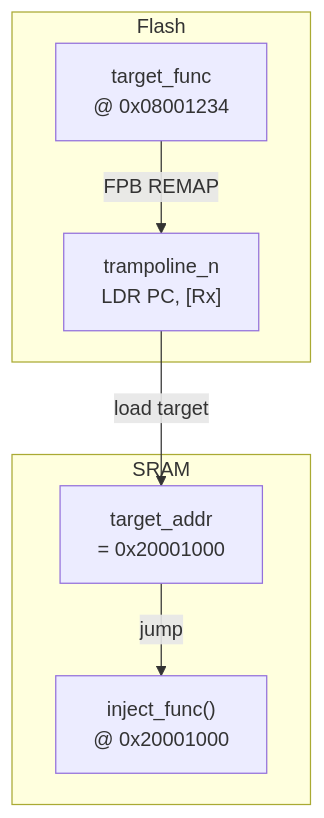
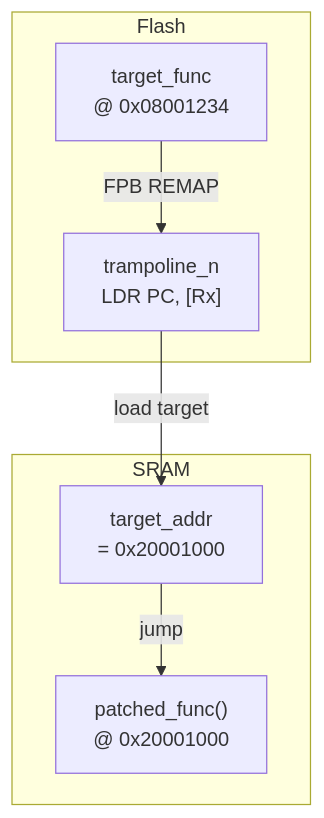
Before and after one commit to FASTSHIFT/FPBInject: the second of 5 diagrams in Docs/Architecture.md, drawn with Mermaid. The commit also changed other lines of this file and 23 other files, not shown here.

````diff
--- a/Docs/Architecture.md
+++ b/Docs/Architecture.md
@@ -74,16 +74,16 @@
 ```mermaid
 flowchart TB
     subgraph Flash
         TF["target_func<br/>@ 0x08001234"]
         TR["trampoline_n<br/>LDR PC, [Rx]"]
     end
     
     subgraph SRAM
         TA["target_addr<br/>= 0x20001000"]
-        IF["inject_func()<br/>@ 0x20001000"]
+        IF["patched_func()<br/>@ 0x20001000"]
     end
     
     TF -->|"FPB REMAP"| TR
     TR -->|"load target"| TA
     TA -->|"jump"| IF
 ```
````
